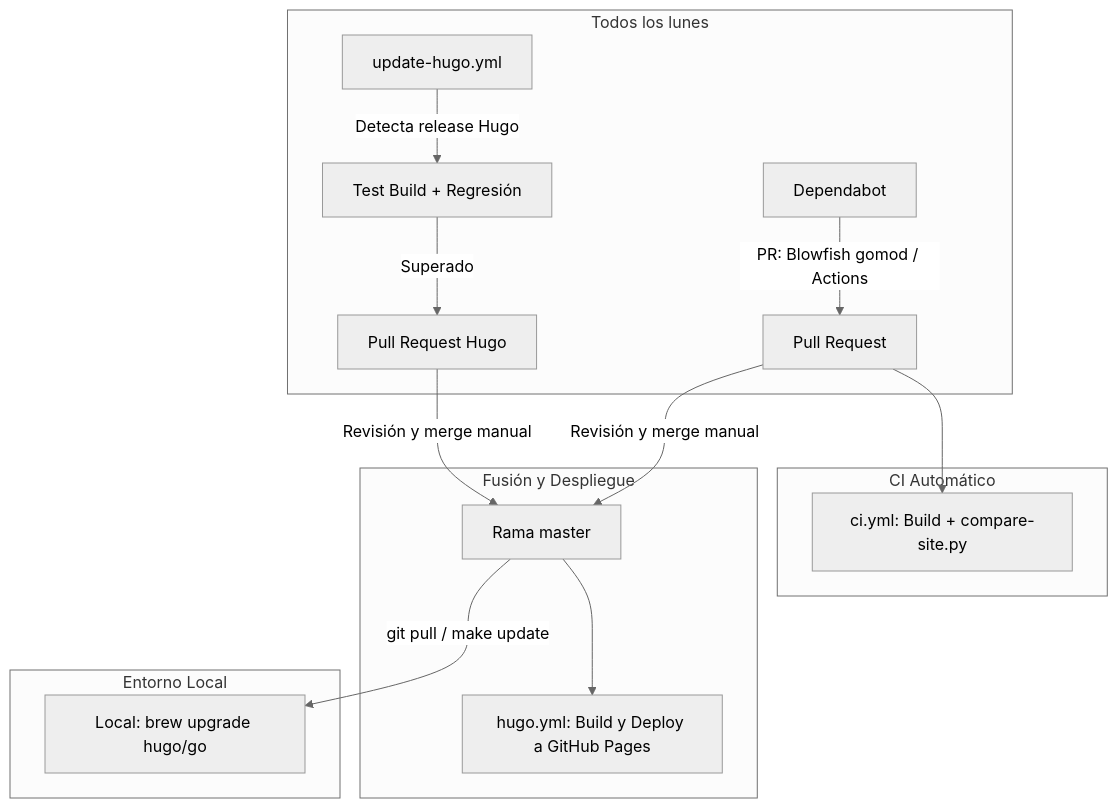
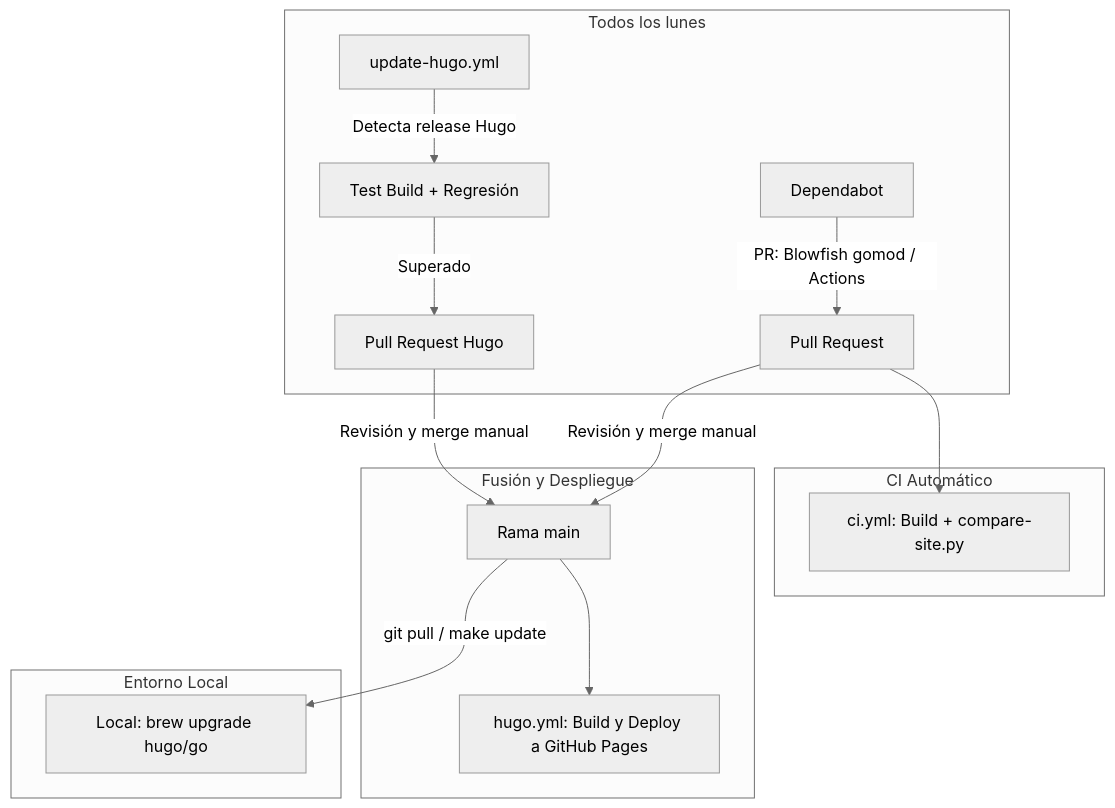
One commit to agustinventura/agustinventura.github.io changed the diagram in README.md. Above: the diagram before and after it, drawn with Mermaid (neutral theme). The commit also changed other lines of this file and 2 other files, not shown here.

Commit message:
chore: migrate base branch from master to main

````diff
--- a/README.md
+++ b/README.md
@@ -26,21 +26,21 @@
 ```mermaid
 flowchart TD
     subgraph Semanal [Todos los lunes]
         D[Dependabot] -->|PR: Blowfish gomod / Actions| PR1[Pull Request]
         H[update-hugo.yml] -->|Detecta release Hugo| TB[Test Build + Regresión]
         TB -->|Superado| PR2[Pull Request Hugo]
     end
 
     subgraph Validación [CI Automático]
         PR1 --> CI[ci.yml: Build + compare-site.py]
     end
 
     subgraph Fusión y Despliegue
-        PR1 & PR2 -->|Revisión y merge manual| M[Rama master]
+        PR1 & PR2 -->|Revisión y merge manual| M[Rama main]
         M --> DEP[hugo.yml: Build y Deploy a GitHub Pages]
     end
 
     subgraph Entorno Local
         M -->|git pull / make update| LOC[Local: brew upgrade hugo/go]
     end
 ```
````
